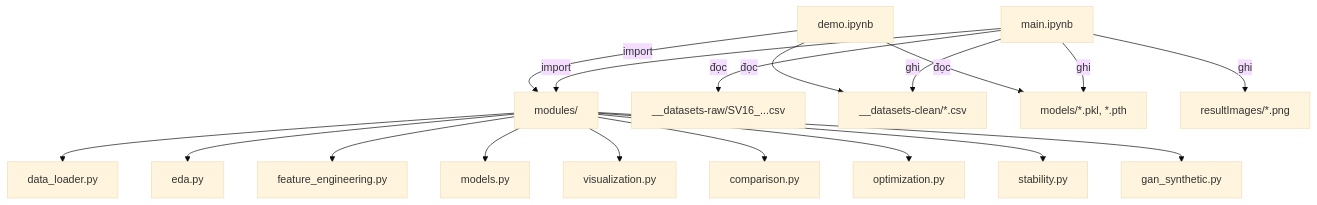
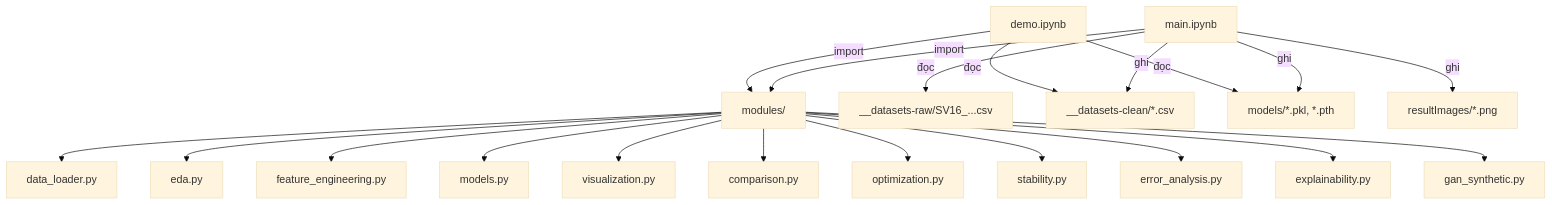
Before and after one commit to Elaina69/Project_Machine-Learning: the first of 2 diagrams in .docs/workflow.md, drawn with Mermaid (base theme). The commit also changed other lines of this file and 70 other files, not shown here.

````diff
--- a/.docs/workflow.md
+++ b/.docs/workflow.md
@@ -5,22 +5,24 @@
 ```mermaid
 graph TD
     A["main.ipynb"] -->|import| B["modules/"]
     B --> B1["data_loader.py"]
     B --> B2["eda.py"]
     B --> B3["feature_engineering.py"]
     B --> B4["models.py"]
     B --> B5["visualization.py"]
     B --> B6["comparison.py"]
     B --> B7["optimization.py"]
     B --> B8["stability.py"]
-    B --> B9["gan_synthetic.py"]
+    B --> B9["error_analysis.py"]
+    B --> B10["explainability.py"]
+    B --> B11["gan_synthetic.py"]
 
     A -->|đọc| C["__datasets-raw/SV16_...csv"]
     A -->|ghi| D["__datasets-clean/*.csv"]
     A -->|ghi| E["models/*.pkl, *.pth"]
     A -->|ghi| F["resultImages/*.png"]
 
     G["demo.ipynb"] -->|đọc| D
     G -->|đọc| E
     G -->|import| B
 ```
````
